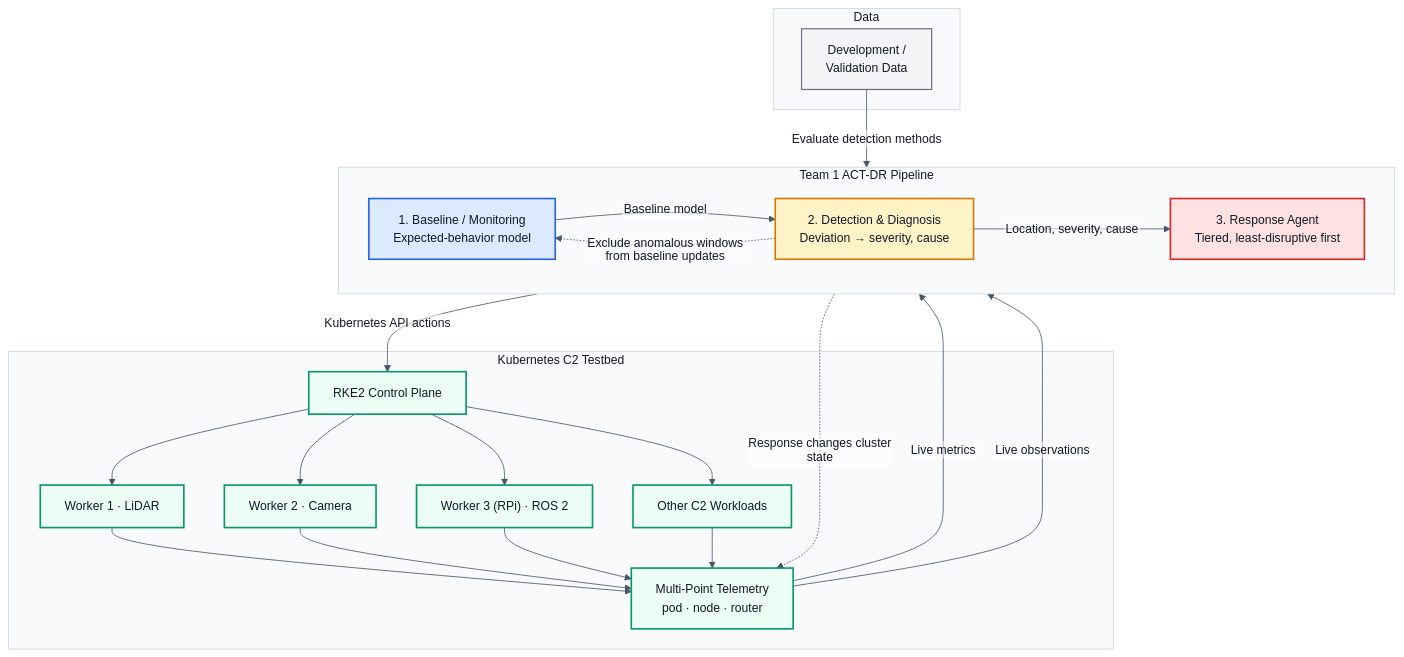
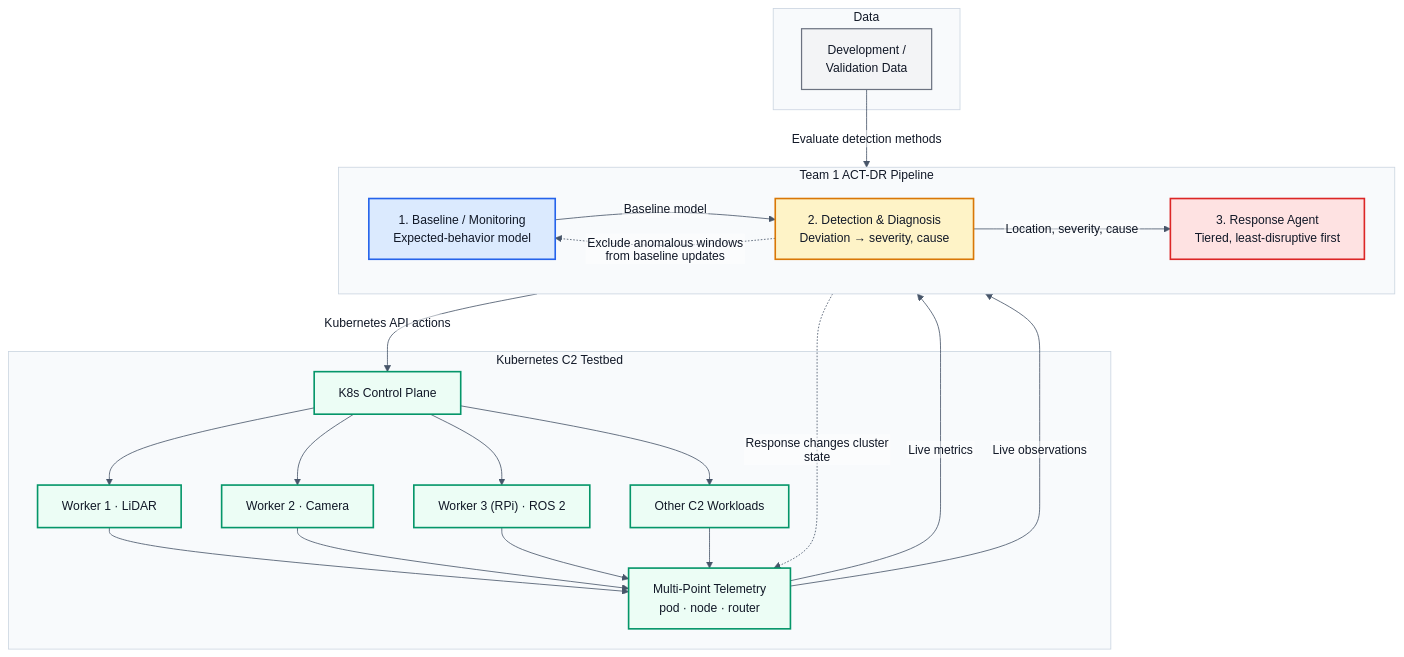
One commit to COStmau/RTCT1 changed the diagram in docs/act-dr-architecture.md. Above: the diagram before and after it, drawn with Mermaid. The commit also changed 2 other files, not shown here.

Commit message:
docs: rename RKE2 Control Plane to K8s Control Plane

````diff
--- a/docs/act-dr-architecture.md
+++ b/docs/act-dr-architecture.md
@@ -3,48 +3,48 @@
 ```mermaid
 %%{init: {"theme": "base", "flowchart": {"htmlLabels": false}, "themeVariables": {"fontFamily": "Helvetica, Arial", "fontSize": "15px", "primaryTextColor": "#111827", "secondaryTextColor": "#111827", "tertiaryTextColor": "#111827", "lineColor": "#475569", "edgeLabelBackground": "#ffffff", "clusterBkg": "#f8fafc", "clusterBorder": "#cbd5e1"}}}%%
 flowchart TB
 
     subgraph PIPE["Team 1 ACT-DR Pipeline"]
         direction LR
         B["1. Baseline / Monitoring<br/>Expected-behavior model"]
         DD["2. Detection &amp; Diagnosis<br/>Deviation → severity, cause"]
         R["3. Response Agent<br/>Tiered, least-disruptive first"]
         B -->|"Baseline model"| DD
         DD -->|"Location, severity, cause"| R
     end
 
     subgraph K8S["Kubernetes C2 Testbed"]
-        CP["RKE2 Control Plane"]
+        CP["K8s Control Plane"]
         W1["Worker 1 · LiDAR"]
         W2["Worker 2 · Camera"]
         W3["Worker 3 (RPi) · ROS 2"]
         OT["Other C2 Workloads"]
         TEL["Multi-Point Telemetry<br/>pod · node · router"]
 
         CP --> W1 & W2 & W3 & OT
         W1 & W2 & W3 & OT --> TEL
     end
 
     subgraph DATA["Data"]
         D1["Development /<br/>Validation Data"]
     end
 
     D1 -->|"Evaluate detection methods"| DD
     TEL -->|"Live metrics"| B
     TEL -->|"Live observations"| DD
     R -->|"Kubernetes API actions"| CP
     R -.->|"Response changes cluster state"| TEL
     DD -.->|"Exclude anomalous windows<br/>from baseline updates"| B
 
     classDef baseline fill:#dbeafe,stroke:#2563eb,color:#111827,stroke-width:2px;
     classDef detection fill:#fef3c7,stroke:#d97706,color:#111827,stroke-width:2px;
     classDef response fill:#fee2e2,stroke:#dc2626,color:#111827,stroke-width:2px;
     classDef k8snode fill:#ecfdf5,stroke:#059669,color:#111827,stroke-width:2px;
     classDef data fill:#f3f4f6,stroke:#6b7280,color:#111827,stroke-width:1.5px;
 
     class B baseline;
     class DD detection;
     class R response;
     class CP,W1,W2,W3,OT,TEL k8snode;
     class D1 data;
 ```
````
